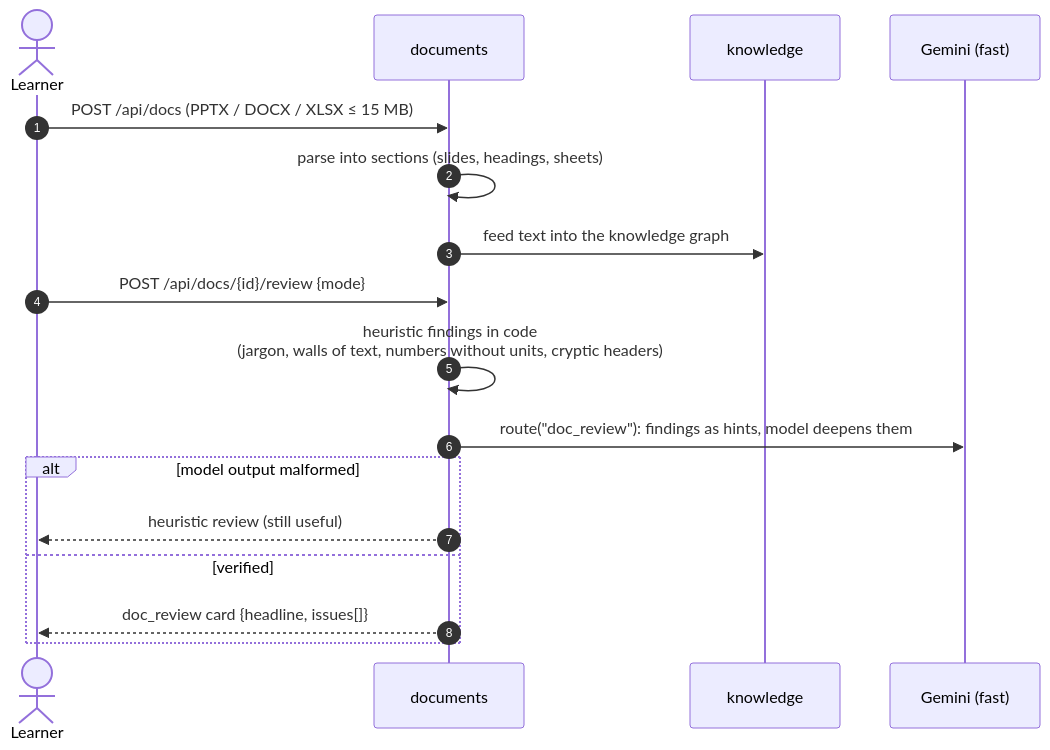
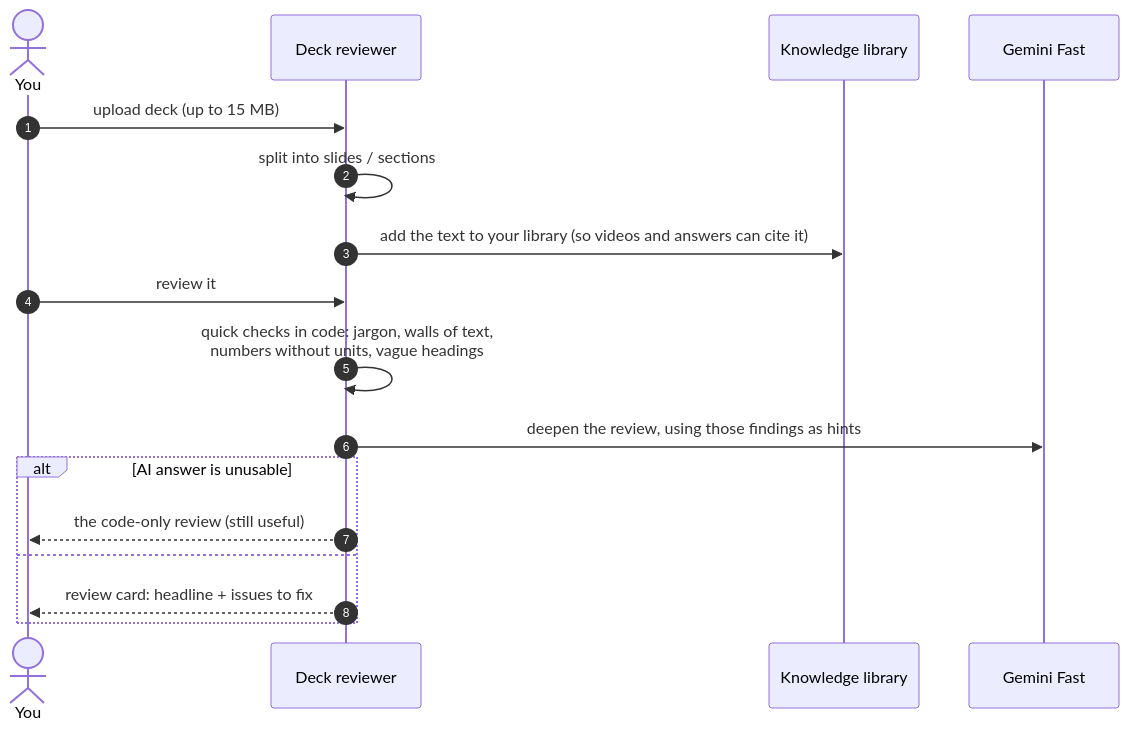
Before and after one commit to Chaitanya674/Recal-AI: diagram 13 of 19 in docs/DOCUMENTATION.md, drawn with Mermaid. The commit also changed other lines of this file, not shown here.

````diff
--- a/docs/DOCUMENTATION.md
+++ b/docs/DOCUMENTATION.md
@@ -533,20 +585,20 @@
 ```mermaid
 sequenceDiagram
     autonumber
-    actor L as Learner
-    participant D as documents
-    participant K as knowledge
-    participant G as Gemini (fast)
+    actor You
+    participant Rev as Deck reviewer
+    participant Lib as Knowledge library
+    participant Gem as Gemini Fast
 
-    L->>D: POST /api/docs (PPTX / DOCX / XLSX ≤ 15 MB)
-    D->>D: parse into sections (slides, headings, sheets)
-    D->>K: feed text into the knowledge graph
-    L->>D: POST /api/docs/{id}/review {mode}
-    D->>D: heuristic findings in code<br/>(jargon, walls of text, numbers without units, cryptic headers)
-    D->>G: route("doc_review"): findings as hints, model deepens them
-    alt model output malformed
-        D-->>L: heuristic review (still useful)
-    else verified
-        D-->>L: doc_review card {headline, issues[]}
+    You->>Rev: upload deck (up to 15 MB)
+    Rev->>Rev: split into slides / sections
+    Rev->>Lib: add the text to your library (so videos and answers can cite it)
+    You->>Rev: review it
+    Rev->>Rev: quick checks in code: jargon, walls of text,<br/>numbers without units, vague headings
+    Rev->>Gem: deepen the review, using those findings as hints
+    alt AI answer is unusable
+        Rev-->>You: the code-only review (still useful)
+    else
+        Rev-->>You: review card: headline + issues to fix
     end
 ```
````
